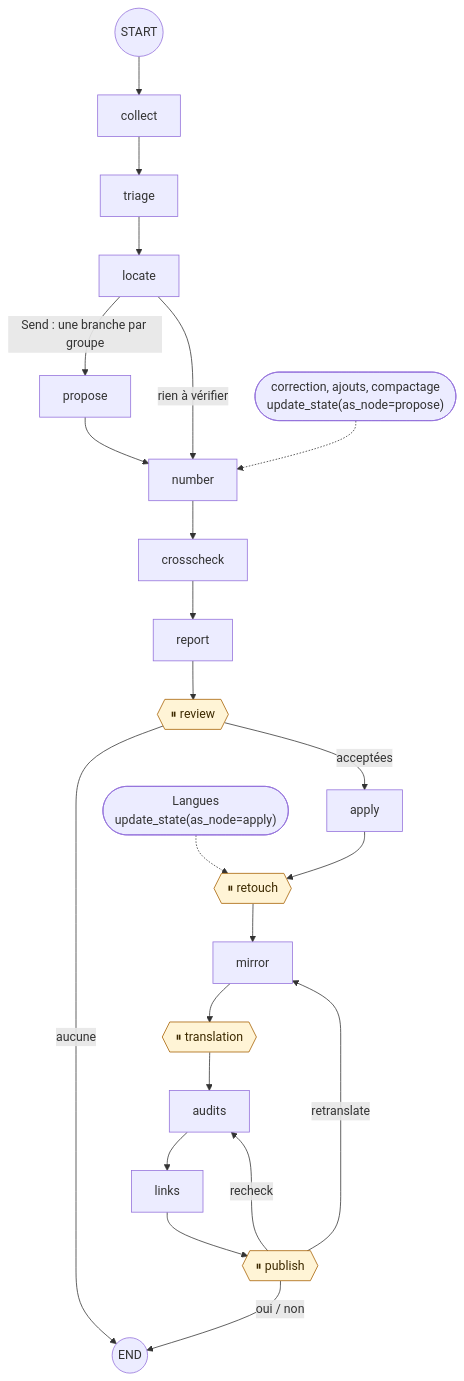
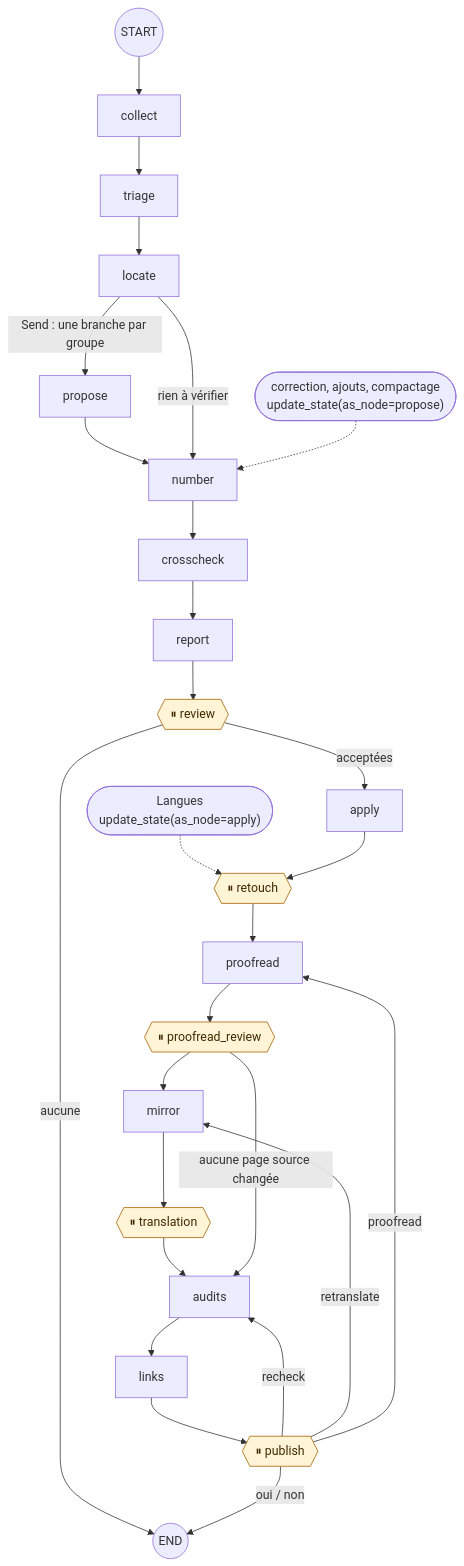
Before and after one commit to DamienBecherini/vault-watch-agent: the third of 3 diagrams in README.fr.md, drawn with Mermaid. The commit also changed other lines of this file and 6 other files, not shown here.

Commit message:
docs(proofread): the proofreading of the editor's edits in a run: both diagrams of the README, the five pauses, run.md (the pause, the publish loop, the command line), code.md, CHANGELOG

````diff
--- a/README.fr.md
+++ b/README.fr.md
@@ -286,16 +290,19 @@
 ```mermaid
 flowchart TD
   start((START)) --> collect --> triage --> locate
   locate -->|"Send : une branche par groupe"| propose --> number
   locate -->|rien à vérifier| number
   own(["correction, ajouts, compactage<br/>update_state(as_node=propose)"]) -.-> number
   lang(["Langues<br/>update_state(as_node=apply)"]) -.-> retouch
   number --> crosscheck --> report --> review{{"⏸ review"}}
-  review -->|acceptées| apply --> retouch{{"⏸ retouch"}} --> mirror --> translation{{"⏸ translation"}} --> audits --> links --> publish{{"⏸ publish"}}
+  review -->|acceptées| apply --> retouch{{"⏸ retouch"}} --> proofread --> proofread_review{{"⏸ proofread_review"}}
+  proofread_review --> mirror --> translation{{"⏸ translation"}} --> audits --> links --> publish{{"⏸ publish"}}
+  proofread_review -->|"aucune page source changée"| audits
   review -->|aucune| stop((END))
   publish -->|"oui / non"| stop
   publish -->|recheck| audits
   publish -->|retranslate| mirror
+  publish -->|proofread| proofread
   classDef human fill:#fff4d6,stroke:#a65f00,color:#3d2a00
-  class review,retouch,translation,publish human
+  class review,retouch,proofread_review,translation,publish human
 ```
````
